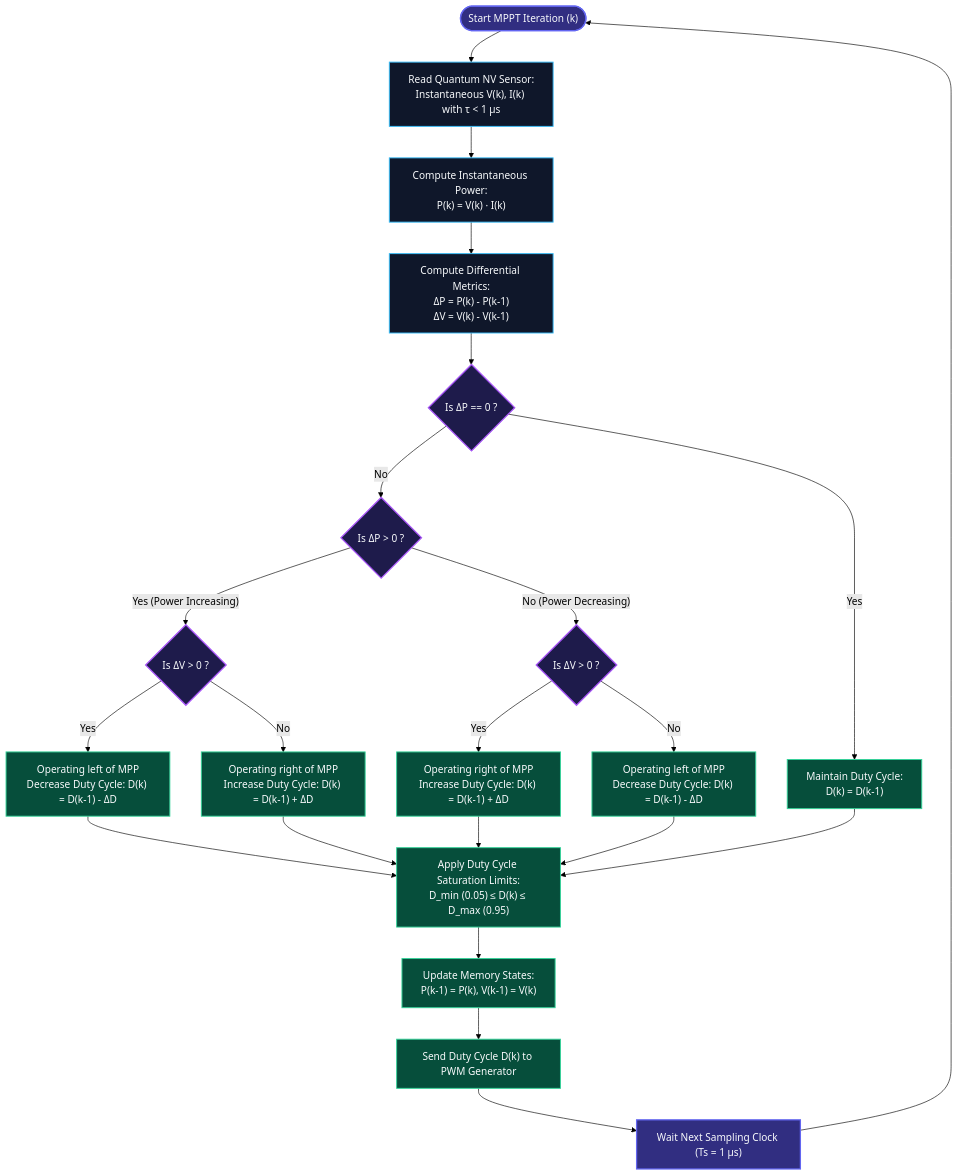
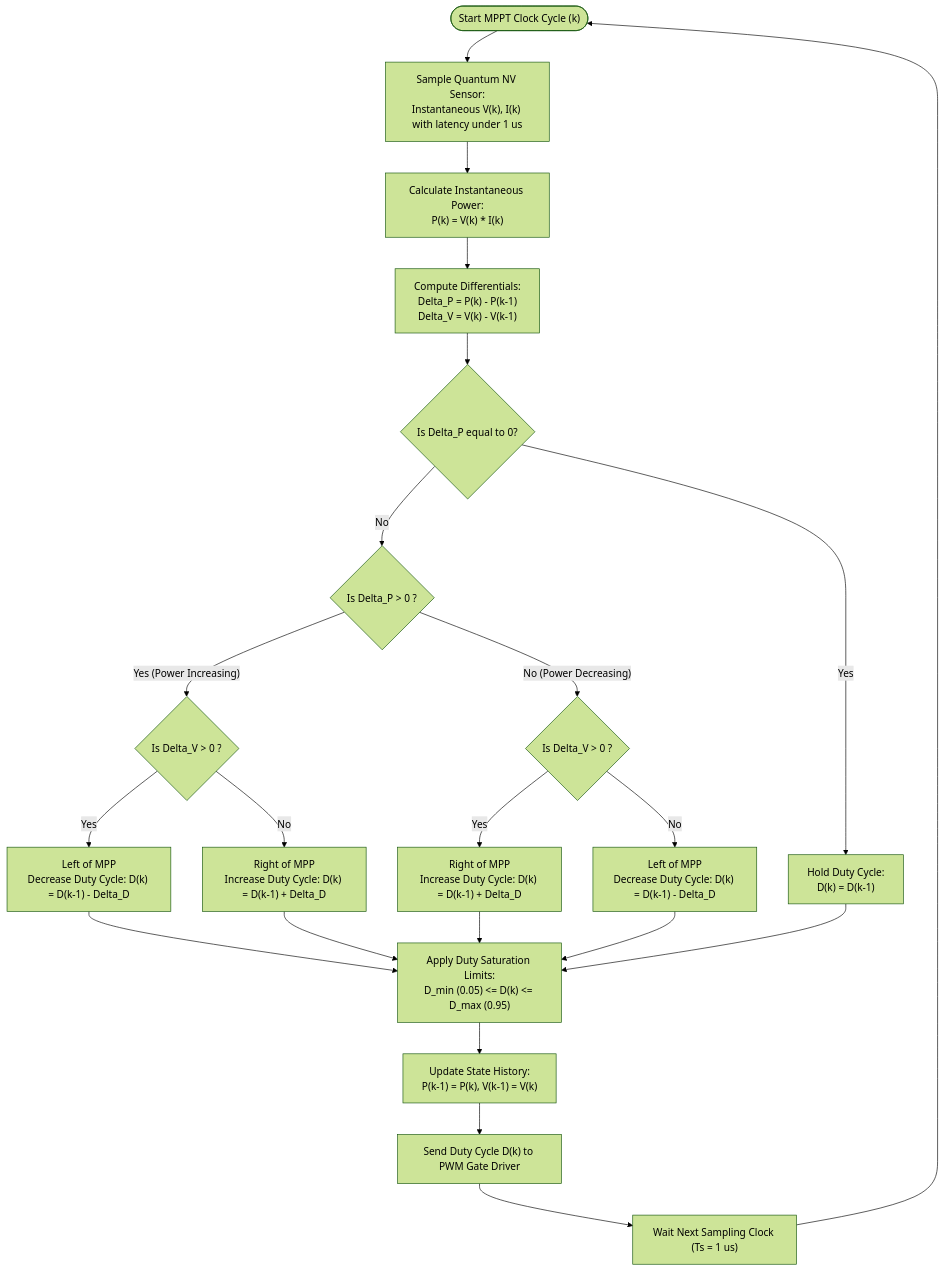
One commit to sepas1609/PMSG_Quantum_Mechanics_Modified_For_MPPT changed the third of 4 diagrams in README.md. Above: the diagram before and after it, drawn with Mermaid (forest theme). The commit also changed other lines of this file, not shown here.

Commit message:
fix(docs): ensure Mermaid flowcharts and LaTeX math render cleanly on GitHub

````diff
--- a/README.md
+++ b/README.md
@@ -186,38 +166,29 @@
 ```mermaid
 flowchart TD
-    Start(["Start MPPT Iteration (k)"]) --> SampleQ["Read Quantum NV Sensor:<br/>Instantaneous V(k), I(k) with τ < 1 µs"]
-    SampleQ --> CalcPower["Compute Instantaneous Power:<br/>P(k) = V(k) · I(k)"]
-    CalcPower --> CalcDeltas["Compute Differential Metrics:<br/>ΔP = P(k) - P(k-1)<br/>ΔV = V(k) - V(k-1)"]
+    Start(["Start MPPT Clock Cycle (k)"]) --> SampleQ["Sample Quantum NV Sensor:<br/>Instantaneous V(k), I(k) with latency under 1 us"]
+    SampleQ --> CalcPower["Calculate Instantaneous Power:<br/>P(k) = V(k) * I(k)"]
+    CalcPower --> CalcDeltas["Compute Differentials:<br/>Delta_P = P(k) - P(k-1)<br/>Delta_V = V(k) - V(k-1)"]
     
-    CalcDeltas --> CheckDP{"Is ΔP == 0 ?"}
-    CheckDP -- Yes --> KeepDuty["Maintain Duty Cycle:<br/>D(k) = D(k-1)"]
-    CheckDP -- No --> CheckDPPos{"Is ΔP > 0 ?"}
+    CalcDeltas --> CheckDP{"Is Delta_P equal to 0?"}
+    CheckDP -- Yes --> KeepDuty["Hold Duty Cycle:<br/>D(k) = D(k-1)"]
+    CheckDP -- No --> CheckDPPos{"Is Delta_P > 0 ?"}
 
-    CheckDPPos -- Yes (Power Increasing) --> CheckDV1{"Is ΔV > 0 ?"}
-    CheckDV1 -- Yes --> IncV1["Operating left of MPP<br/>Decrease Duty Cycle: D(k) = D(k-1) - ΔD"]
-    CheckDV1 -- No --> DecV1["Operating right of MPP<br/>Increase Duty Cycle: D(k) = D(k-1) + ΔD"]
+    CheckDPPos -- Yes (Power Increasing) --> CheckDV1{"Is Delta_V > 0 ?"}
+    CheckDV1 -- Yes --> IncV1["Left of MPP<br/>Decrease Duty Cycle: D(k) = D(k-1) - Delta_D"]
+    CheckDV1 -- No --> DecV1["Right of MPP<br/>Increase Duty Cycle: D(k) = D(k-1) + Delta_D"]
 
-    CheckDPPos -- No (Power Decreasing) --> CheckDV2{"Is ΔV > 0 ?"}
-    CheckDV2 -- Yes --> IncV2["Operating right of MPP<br/>Increase Duty Cycle: D(k) = D(k-1) + ΔD"]
-    CheckDV2 -- No --> DecV2["Operating left of MPP<br/>Decrease Duty Cycle: D(k) = D(k-1) - ΔD"]
+    CheckDPPos -- No (Power Decreasing) --> CheckDV2{"Is Delta_V > 0 ?"}
+    CheckDV2 -- Yes --> IncV2["Right of MPP<br/>Increase Duty Cycle: D(k) = D(k-1) + Delta_D"]
+    CheckDV2 -- No --> DecV2["Left of MPP<br/>Decrease Duty Cycle: D(k) = D(k-1) - Delta_D"]
 
-    IncV1 --> Saturation["Apply Duty Cycle Saturation Limits:<br/>D_min (0.05) ≤ D(k) ≤ D_max (0.95)"]
+    IncV1 --> Saturation["Apply Duty Saturation Limits:<br/>D_min (0.05) <= D(k) <= D_max (0.95)"]
     DecV1 --> Saturation
     IncV2 --> Saturation
     DecV2 --> Saturation
     KeepDuty --> Saturation
 
-    Saturation --> UpdateHistory["Update Memory States:<br/>P(k-1) = P(k), V(k-1) = V(k)"]
-    UpdateHistory --> OutputPWM["Send Duty Cycle D(k) to PWM Generator"]
-    OutputPWM --> WaitNext["Wait Next Sampling Clock (Ts = 1 µs)"]
+    Saturation --> UpdateHistory["Update State History:<br/>P(k-1) = P(k), V(k-1) = V(k)"]
+    UpdateHistory --> OutputPWM["Send Duty Cycle D(k) to PWM Gate Driver"]
+    OutputPWM --> WaitNext["Wait Next Sampling Clock (Ts = 1 us)"]
     WaitNext --> Start
-
-    classDef default fill:#0f172a,stroke:#38bdf8,stroke-width:1.5px,color:#f8fafc;
-    classDef decision fill:#1e1b4b,stroke:#a855f7,stroke-width:2px,color:#f8fafc;
-    classDef action fill:#064e3b,stroke:#34d399,stroke-width:1.5px,color:#f8fafc;
-    classDef startEnd fill:#312e81,stroke:#6366f1,stroke-width:2px,color:#f8fafc;
-
-    class Start,WaitNext startEnd;
-    class CheckDP,CheckDPPos,CheckDV1,CheckDV2 decision;
-    class IncV1,DecV1,IncV2,DecV2,KeepDuty,Saturation,UpdateHistory,OutputPWM action;
 ```
````
